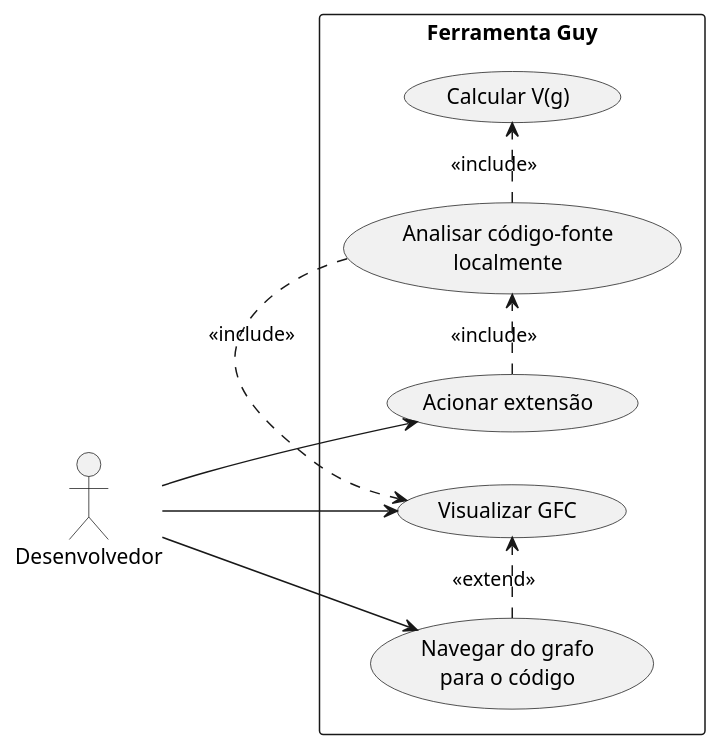
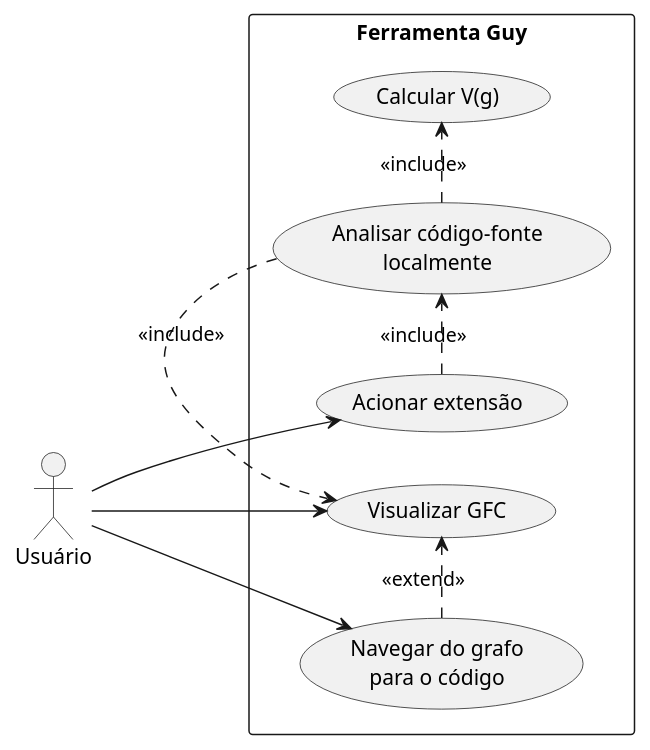
The diagram in imagens/diagramas/diagrama_casos_uso_guy.plantuml (gm64x/guy-tex), drawn with PlantUML before and after one commit. The commit also changed 4 other files, not shown here.

```diff
--- a/imagens/diagramas/diagrama_casos_uso_guy.plantuml
+++ b/imagens/diagramas/diagrama_casos_uso_guy.plantuml
@@ -1,23 +1,23 @@
 @startuml
 left to right direction
 
-actor Desenvolvedor
+actor "Usuário" as Usuario
 
 rectangle "Ferramenta Guy" {
   usecase "Acionar extensão" as UC1
   usecase "Analisar código-fonte\nlocalmente" as UC2
   usecase "Visualizar GFC" as UC3
   usecase "Calcular V(g)" as UC4
   usecase "Navegar do grafo\npara o código" as UC5
 }
 
-Desenvolvedor --> UC1
-Desenvolvedor --> UC3
-Desenvolvedor --> UC5
+Usuario --> UC1
+Usuario --> UC3
+Usuario --> UC5
 
 UC1 .> UC2 : <<include>>
 UC2 .> UC3 : <<include>>
 UC2 .> UC4 : <<include>>
 UC5 .> UC3 : <<extend>>
 
 @enduml
```
